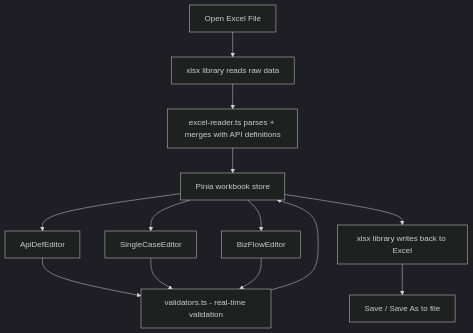
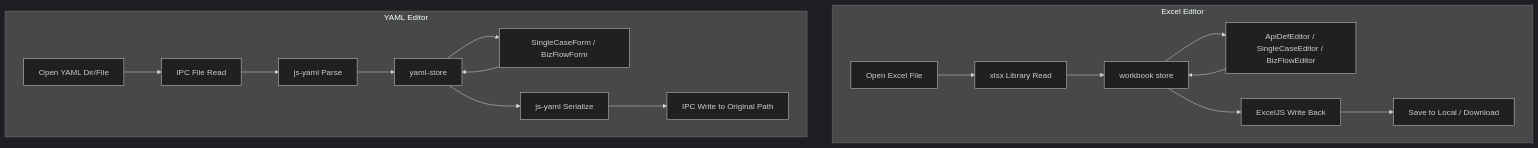
Before and after one commit to Remon-16/flow-forge: the second of 2 diagrams in case-editor/README.en.md, drawn with Mermaid (dark theme). The commit also changed other lines of this file and 40 other files, not shown here.

````diff
--- a/case-editor/README.en.md
+++ b/case-editor/README.en.md
@@ -73,15 +97,21 @@
 ```mermaid
 graph TD
-    OPEN[Open Excel File] --> READ[xlsx library reads raw data]
-    READ --> PARSE[excel-reader.ts parses + merges with API definitions]
-    PARSE --> STORE[Pinia workbook store]
-    STORE --> API[ApiDefEditor]
-    STORE --> SINGLE[SingleCaseEditor]
-    STORE --> BIZ[BizFlowEditor]
-    API --> VALIDATE[validators.ts - real-time validation]
-    SINGLE --> VALIDATE
-    BIZ --> VALIDATE
-    VALIDATE --> STORE
-    STORE --> WRITE[xlsx library writes back to Excel]
-    WRITE --> SAVE[Save / Save As to file]
+    subgraph Excel Editor
+        OPEN_E[Open Excel File] --> READ_E[xlsx Library Read]
+        READ_E --> STORE_E[workbook store]
+        STORE_E --> EDITORS[ApiDefEditor / SingleCaseEditor / BizFlowEditor]
+        EDITORS --> STORE_E
+        STORE_E --> WRITE_E[ExcelJS Write Back]
+        WRITE_E --> SAVE_E[Save to Local / Download]
+    end
+
+    subgraph YAML Editor
+        OPEN_Y[Open YAML Dir/File] --> READ_Y[IPC File Read]
+        READ_Y --> PARSE_Y[js-yaml Parse]
+        PARSE_Y --> STORE_Y[yaml-store]
+        STORE_Y --> FORMS[SingleCaseForm / BizFlowForm]
+        FORMS --> STORE_Y
+        STORE_Y --> STRINGIFY[js-yaml Serialize]
+        STRINGIFY --> WRITE_Y[IPC Write to Original Path]
+    end
 ```
````
